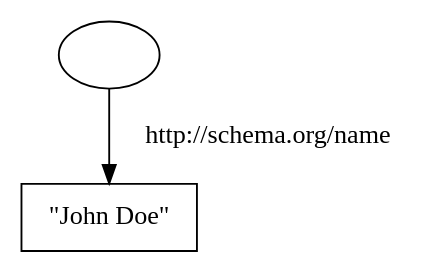
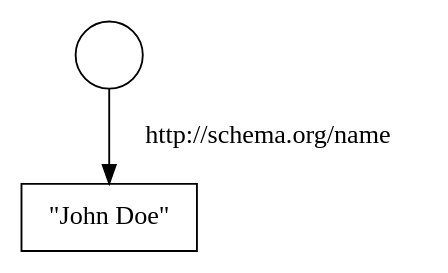
Before and after one commit to underlay/styx: the diagram in docs/images/blank-node.dot, drawn with Graphviz. The commit also changed 22 other files, not shown here.

```diff
--- a/docs/images/blank-node.dot
+++ b/docs/images/blank-node.dot
@@ -1,5 +1,5 @@
 digraph G {
-  _ [label="" pos="0,0!"];
+  _ [label="" pos="0,0!" shape=circle];
   "\"John Doe\"" [pos="3,0!" shape=rect]
   _ -> "\"John Doe\"" [label="http://schema.org/name"];
 }
```
